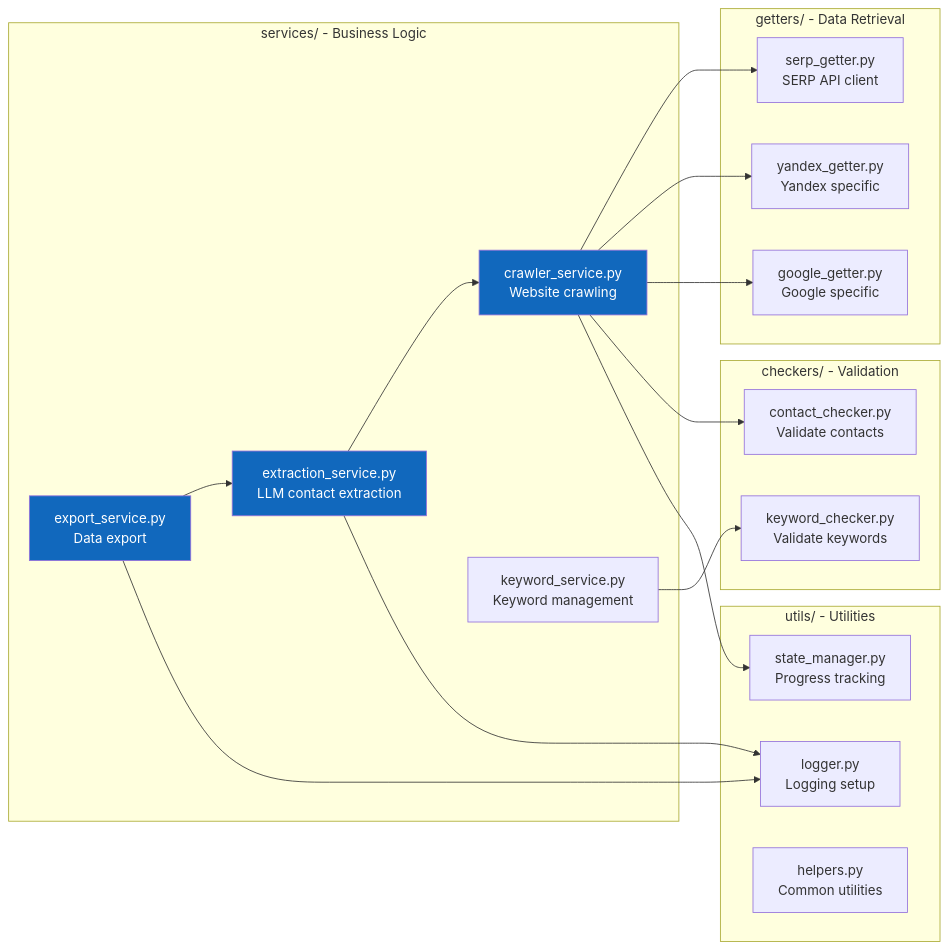
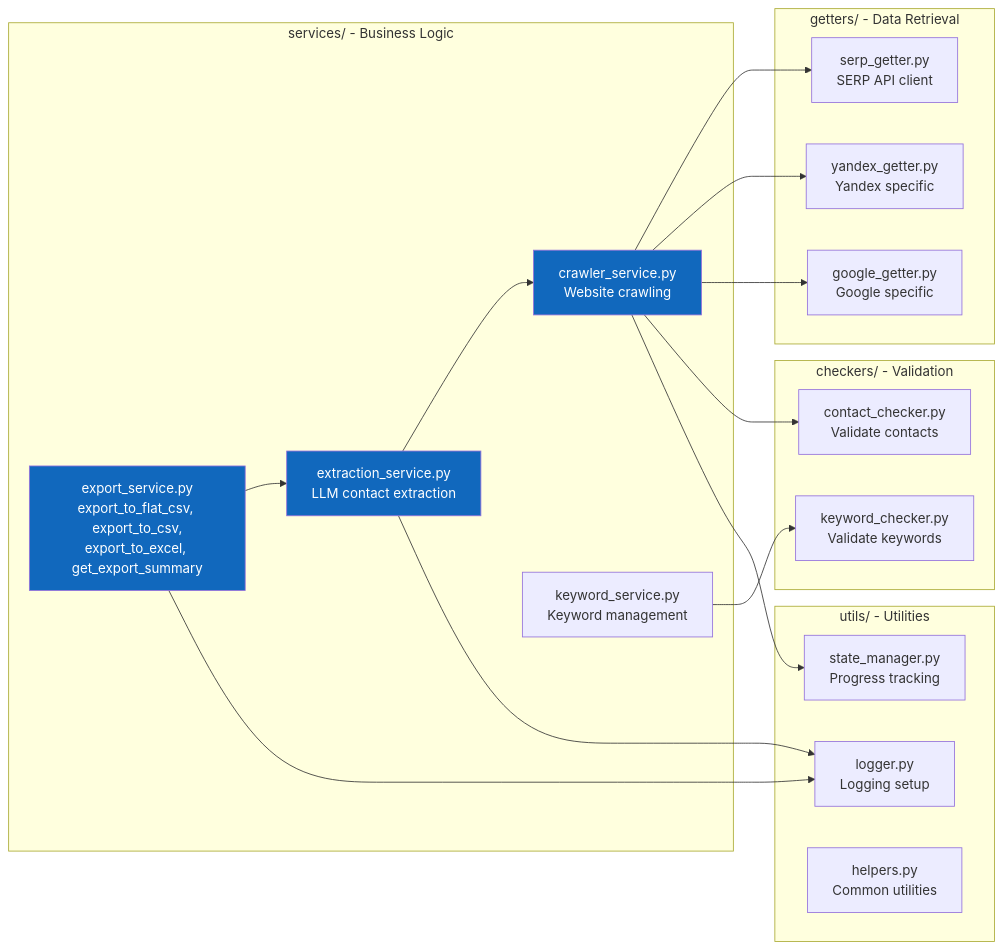
Before and after one commit to hauptmann1971/b2b-contact-miner: the sixth of 8 diagrams in doc/C4_ARCHITECTURE.md, drawn with Mermaid. The commit also changed other lines of this file and 1 other file, not shown here.

Commit message:
docs(c4): align diagrams with codebase (MySQL, workers, crawl_logs, export)

````diff
--- a/doc/C4_ARCHITECTURE.md
+++ b/doc/C4_ARCHITECTURE.md
@@ -247,44 +258,44 @@
 ```mermaid
 graph LR
     subgraph "services/ - Business Logic"
         CrawlerService[crawler_service.py<br/>Website crawling]
         ExtractionService[extraction_service.py<br/>LLM contact extraction]
-        ExportService[export_service.py<br/>Data export]
+        ExportService[export_service.py<br/>export_to_flat_csv, export_to_csv,<br/>export_to_excel, get_export_summary]
         KeywordService[keyword_service.py<br/>Keyword management]
     end
     
     subgraph "getters/ - Data Retrieval"
         SERPGetter[serp_getter.py<br/>SERP API client]
         YandexGetter[yandex_getter.py<br/>Yandex specific]
         GoogleGetter[google_getter.py<br/>Google specific]
     end
     
     subgraph "checkers/ - Validation"
         KeywordChecker[keyword_checker.py<br/>Validate keywords]
         ContactChecker[contact_checker.py<br/>Validate contacts]
     end
     
     subgraph "utils/ - Utilities"
         StateManager[state_manager.py<br/>Progress tracking]
         Logger[logger.py<br/>Logging setup]
         Helpers[helpers.py<br/>Common utilities]
     end
     
     CrawlerService --> SERPGetter
     CrawlerService --> YandexGetter
     CrawlerService --> GoogleGetter
     
     ExtractionService --> CrawlerService
     ExportService --> ExtractionService
     
     KeywordService --> KeywordChecker
     CrawlerService --> ContactChecker
     
     CrawlerService --> StateManager
     ExtractionService --> Logger
     ExportService --> Logger
     
     style CrawlerService fill:#1168bd,color:#fff
     style ExtractionService fill:#1168bd,color:#fff
     style ExportService fill:#1168bd,color:#fff
 ```
````
